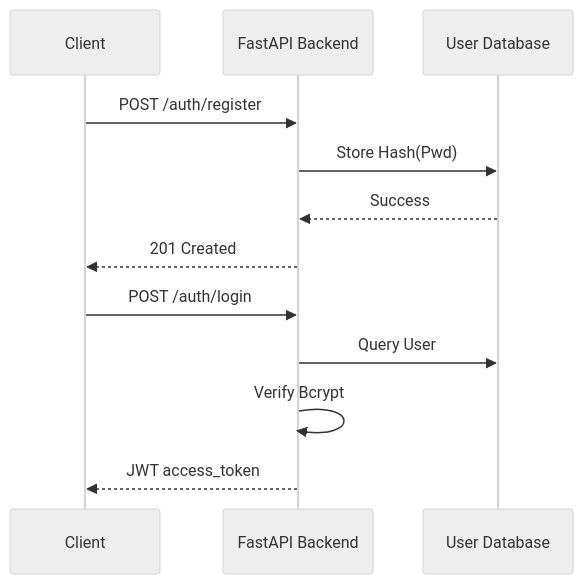
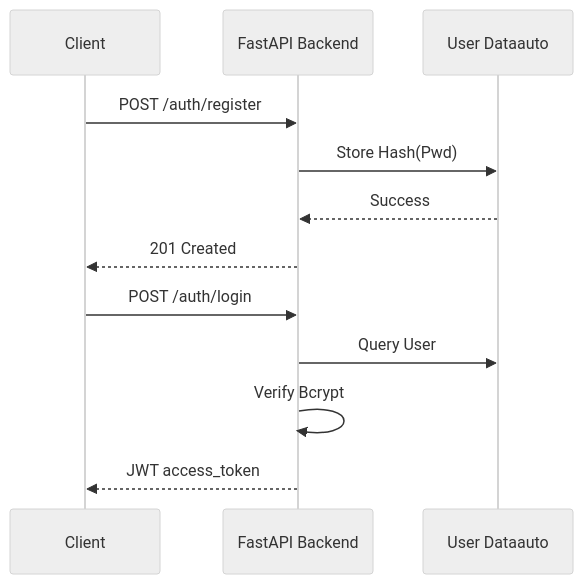
Before and after one commit to Ab-aswini/Agent-kit-P1: the sixth of 10 diagrams in README.md, drawn with Mermaid (neutral theme). The commit also changed other lines of this file, not shown here.

````diff
--- a/README.md
+++ b/README.md
@@ -222,16 +223,16 @@
 ```mermaid
 sequenceDiagram
     participant Client
     participant API as FastAPI Backend
-    participant DB as User Database
+    participant DB as User Dataauto
 
     Client->>API: POST /auth/register
     API->>DB: Store Hash(Pwd)
     DB-->>API: Success
     API-->>Client: 201 Created
     
     Client->>API: POST /auth/login
     API->>DB: Query User
     API->>API: Verify Bcrypt
     API-->>Client: JWT access_token
 ```
````
